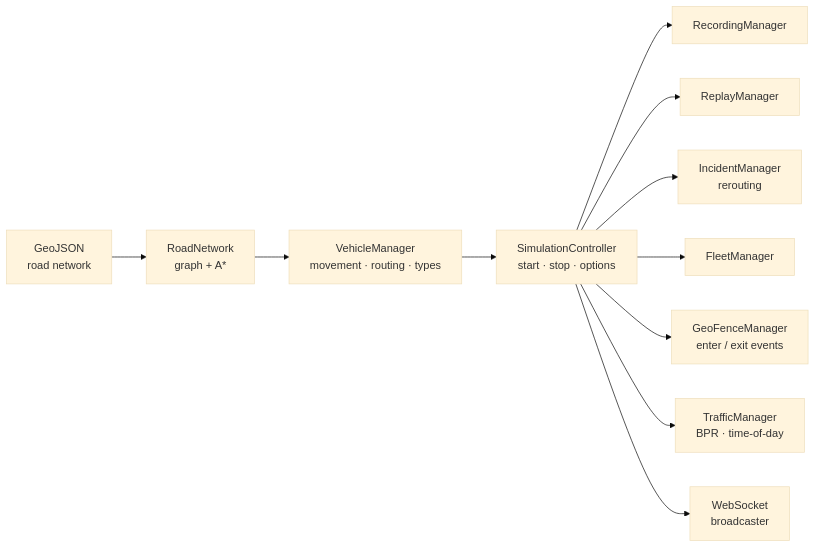
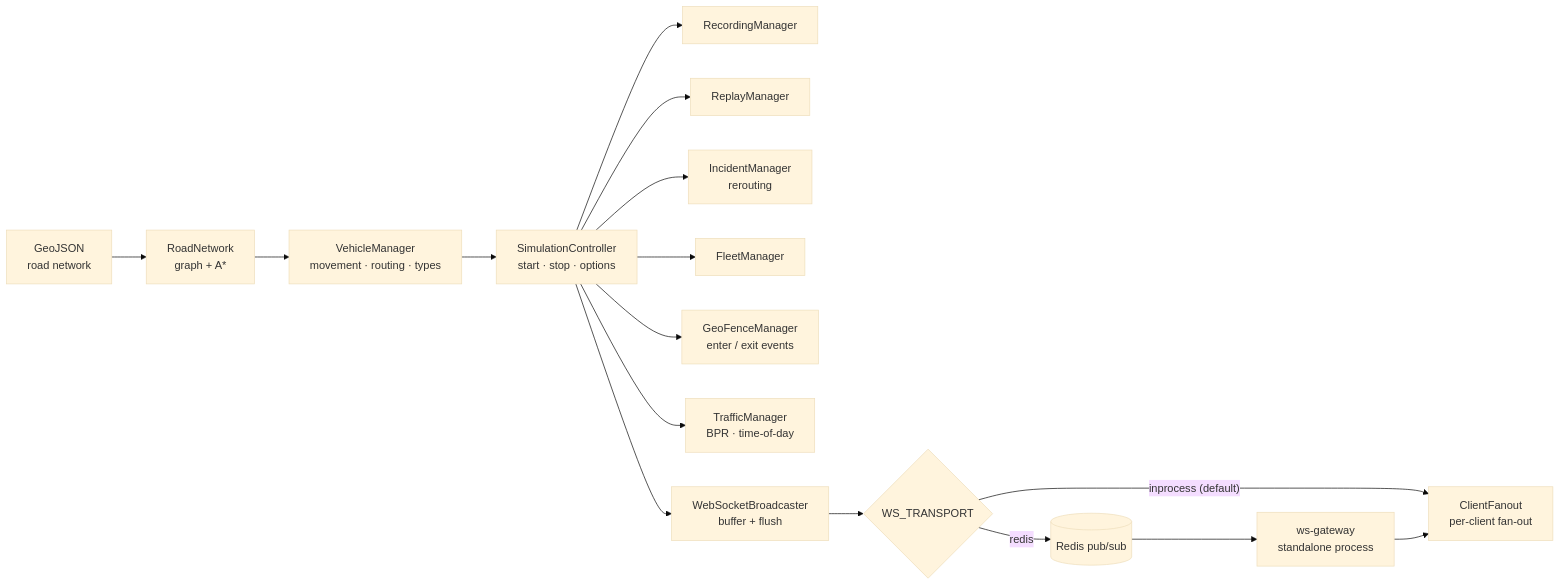
The second of 4 diagrams in README.md (ivannovazzi/moveet), drawn with Mermaid (base theme) before and after one commit. The commit also changed other lines of this file and 4 other files, not shown here.

First line of the commit message:
docs: update READMEs for the architecture-review changes (#189)

````diff
--- a/README.md
+++ b/README.md
@@ -119,13 +121,18 @@
 ```mermaid
 flowchart LR
     GJ[GeoJSON<br/>road network] --> RN[RoadNetwork<br/>graph + A*]
     RN --> VM[VehicleManager<br/>movement · routing · types]
     VM --> SC[SimulationController<br/>start · stop · options]
     SC --> RM[RecordingManager]
     SC --> RP[ReplayManager]
     SC --> IM[IncidentManager<br/>rerouting]
     SC --> FM[FleetManager]
     SC --> GF[GeoFenceManager<br/>enter / exit events]
     SC --> TM[TrafficManager<br/>BPR · time-of-day]
-    SC --> WS[WebSocket<br/>broadcaster]
+    SC --> WS[WebSocketBroadcaster<br/>buffer + flush]
+    WS --> TR{WS_TRANSPORT}
+    TR -- inprocess (default) --> CF[ClientFanout<br/>per-client fan-out]
+    TR -- redis --> RB[(Redis pub/sub)]
+    RB --> GW[ws-gateway<br/>standalone process]
+    GW --> CF
 ```
````
